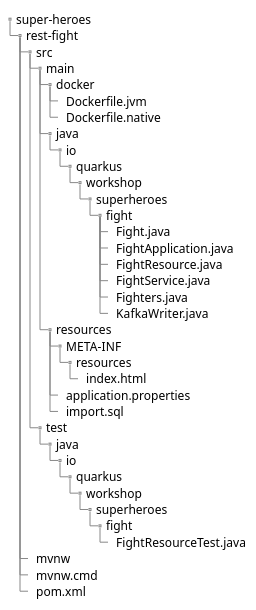
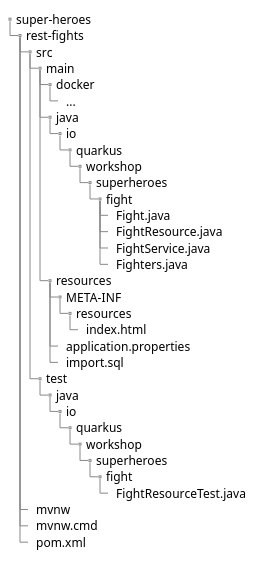
One commit to quarkusio/quarkus-workshops changed the diagram in quarkus-workshop-super-heroes/docs/src/main/asciidoc/4-microservices/microservices-fight.adoc. Above: the diagram before and after it, drawn with PlantUML. The commit also changed other lines of this file and 192 other files, not shown here.

```diff
--- a/quarkus-workshop-super-heroes/docs/src/main/asciidoc/4-microservices/microservices-fight.adoc
+++ b/quarkus-workshop-super-heroes/docs/src/main/asciidoc/4-microservices/microservices-fight.adoc
@@ -75,46 +48,43 @@
 [plantuml]
 ----
 @startsalt
 {
 {
 T
 super-heroes
-+  rest-fight
++  rest-fights
 ++  src
 +++  main
 ++++  docker
-+++++  Dockerfile.jvm
-+++++  Dockerfile.native
++++++  ...
 ++++  java
 +++++  io
 ++++++  quarkus
 +++++++  workshop
 ++++++++  superheroes
 +++++++++  fight
 ++++++++++  Fight.java
-++++++++++  FightApplication.java
 ++++++++++  FightResource.java
 ++++++++++  FightService.java
 ++++++++++  Fighters.java
-++++++++++  KafkaWriter.java
 ++++  resources
 +++++  META-INF
 ++++++  resources
 +++++++  index.html
 +++++  application.properties
 +++++  import.sql
 +++  test
 ++++  java
 +++++  io
 ++++++  quarkus
 +++++++  workshop
 ++++++++  superheroes
 +++++++++  fight
 ++++++++++  FightResourceTest.java
 ++  mvnw
 ++  mvnw.cmd
 ++  pom.xml
 }
 }
 @endsalt
 ----
```
